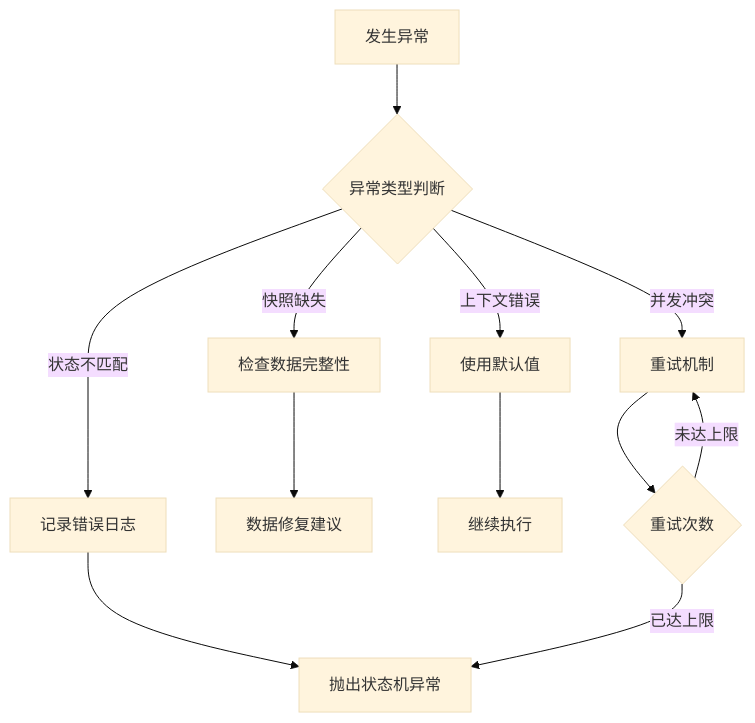
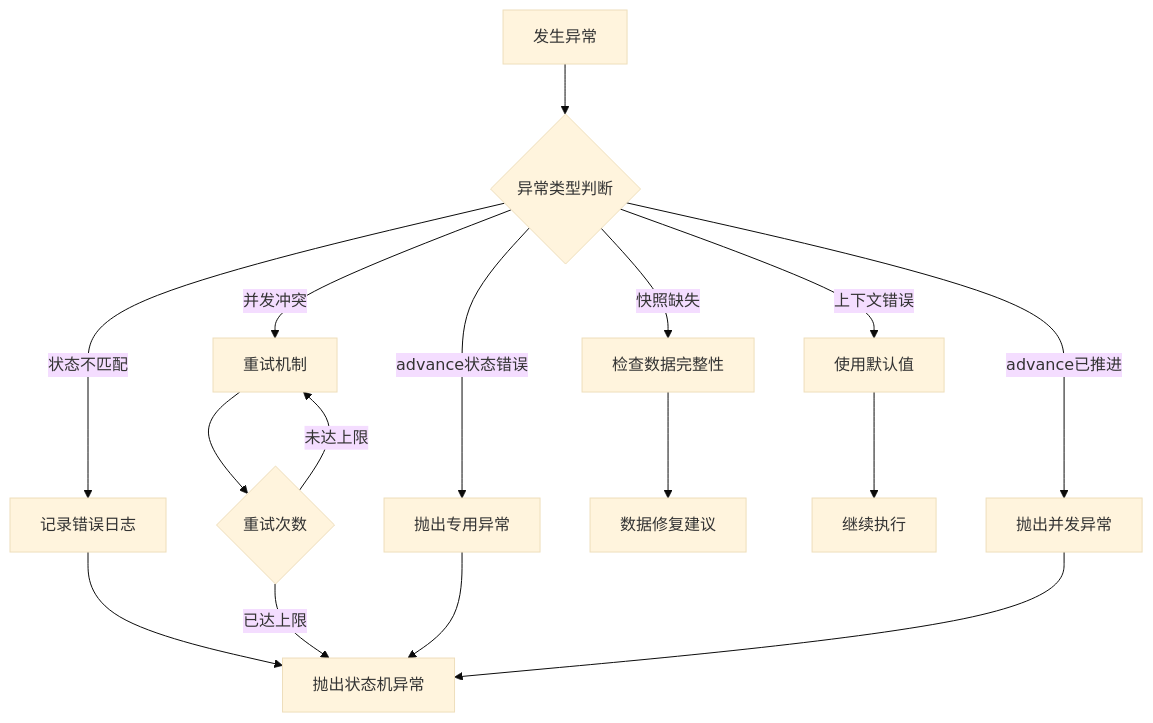
One commit to xiaoche80s-tech/state-machine-parent changed diagram 14 of 18 in .qoder/repowiki/zh/content/快照与恢复/实例恢复机制.md. Above: the diagram before and after it, drawn with Mermaid (base theme). The commit also changed other lines of this file and 7 other files, not shown here.

````diff
--- a/.qoder/repowiki/zh/content/快照与恢复/实例恢复机制.md
+++ b/.qoder/repowiki/zh/content/快照与恢复/实例恢复机制.md
@@ -385,14 +433,18 @@
 ```mermaid
 flowchart TD
 A[发生异常] --> B{异常类型判断}
 B --> |状态不匹配| C[记录错误日志]
 B --> |快照缺失| D[检查数据完整性]
 B --> |上下文错误| E[使用默认值]
 B --> |并发冲突| F[重试机制]
-C --> G[抛出状态机异常]
-D --> H[数据修复建议]
-E --> I[继续执行]
-F --> J{重试次数}
-J --> |未达上限| F
-J --> |已达上限| G
+B --> |advance状态错误| G[抛出专用异常]
+B --> |advance已推进| H[抛出并发异常]
+C --> I[抛出状态机异常]
+D --> J[数据修复建议]
+E --> K[继续执行]
+F --> L{重试次数}
+L --> |未达上限| F
+L --> |已达上限| I
+G --> I
+H --> I
 ```
````
